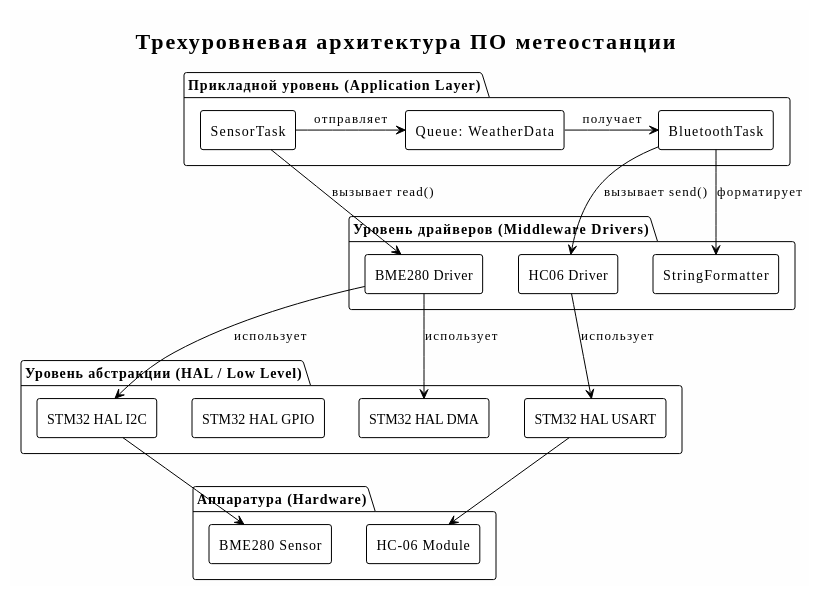
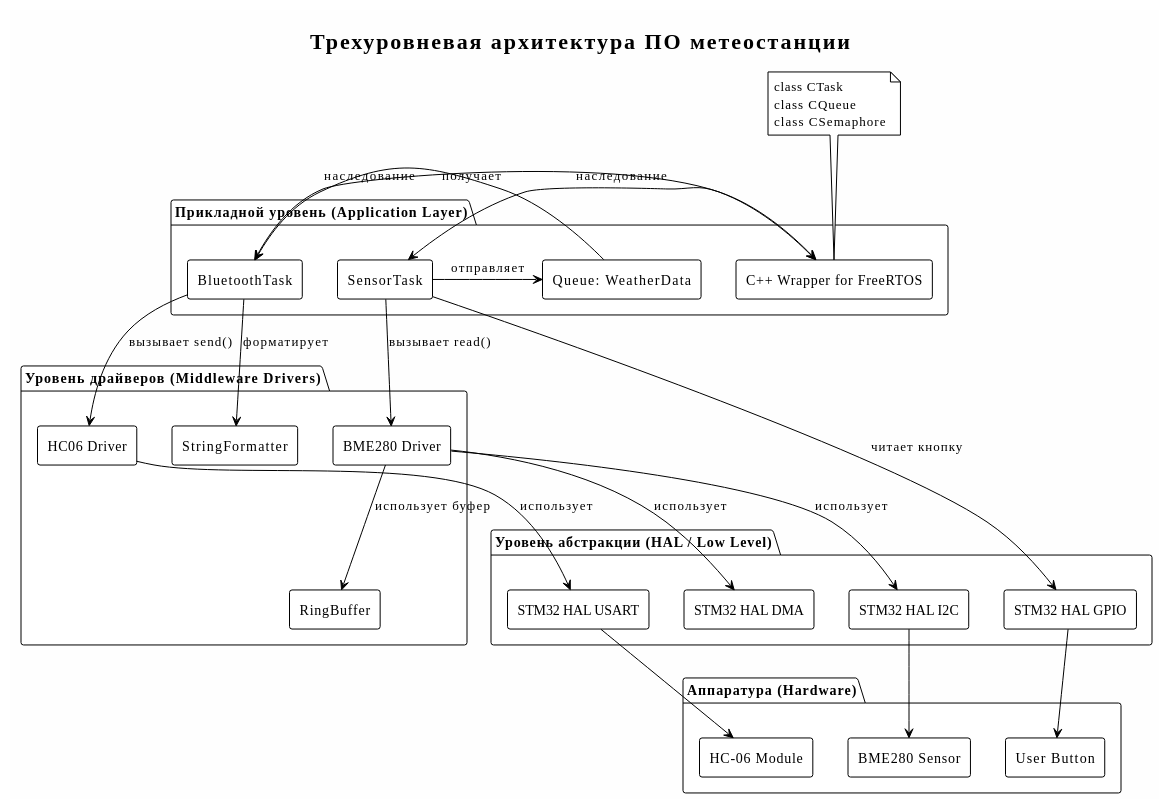
One commit to Cuprum1736/IAR-lab changed the first of 4 diagrams in arhitectura.adoc. Above: the diagram before and after it, drawn with PlantUML. The commit also changed other lines of this file, not shown here.

```diff
--- a/arhitectura.adoc
+++ b/arhitectura.adoc
@@ -15,53 +15,66 @@
 [plantuml, "software-architecture", png]
 ----
 @startuml
 !theme plain
 skinparam backgroundColor #FEFEFE
 skinparam componentStyle rectangle
 
 title Трехуровневая архитектура ПО метеостанции
 
 package "Прикладной уровень (Application Layer)" {
     [SensorTask] as ST
     [BluetoothTask] as BT
     [Queue: WeatherData] as Queue
+    [C++ Wrapper for FreeRTOS] as CPP
 }
 
 package "Уровень драйверов (Middleware Drivers)" {
     [BME280 Driver] as BME
     [HC06 Driver] as HC
+    [RingBuffer] as RB
     [StringFormatter] as SF
 }
 
 package "Уровень абстракции (HAL / Low Level)" {
     [STM32 HAL I2C] as I2C
     [STM32 HAL USART] as USART
     [STM32 HAL GPIO] as GPIO
     [STM32 HAL DMA] as DMA
 }
 
 package "Аппаратура (Hardware)" {
     [BME280 Sensor] as BME_HW
     [HC-06 Module] as HC_HW
+    [User Button] as BTN_HW
 }
 
 ' Связи внутри прикладного уровня
 ST -right-> Queue : отправляет
 Queue -right-> BT : получает
+CPP <-left-> ST : наследование
+CPP <-left-> BT : наследование
 
 ' Связи драйверов с прикладным уровнем
 ST -down-> BME : вызывает read()
 BT -down-> HC : вызывает send()
 BT -down-> SF : форматирует
+BME -down-> RB : использует буфер
 
 ' Связи HAL с драйверами
 BME -down-> I2C : использует
 BME -down-> DMA : использует
 HC -down-> USART : использует
+ST -down-> GPIO : читает кнопку
 
 ' Связи с аппаратурой
 I2C -down-> BME_HW
 USART -down-> HC_HW
+GPIO -down-> BTN_HW
 
+note top of CPP
+  class CTask
+  class CQueue
+  class CSemaphore
+end note
 @enduml
 ----
```
